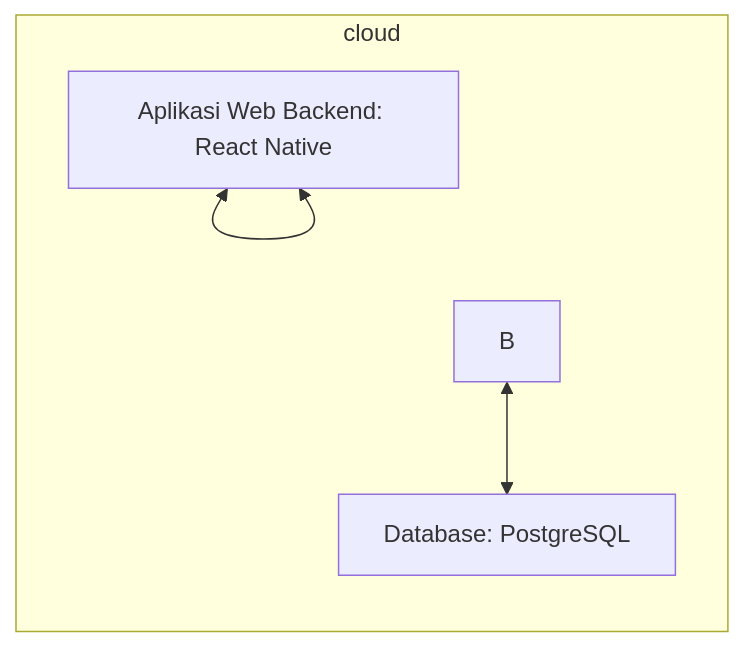
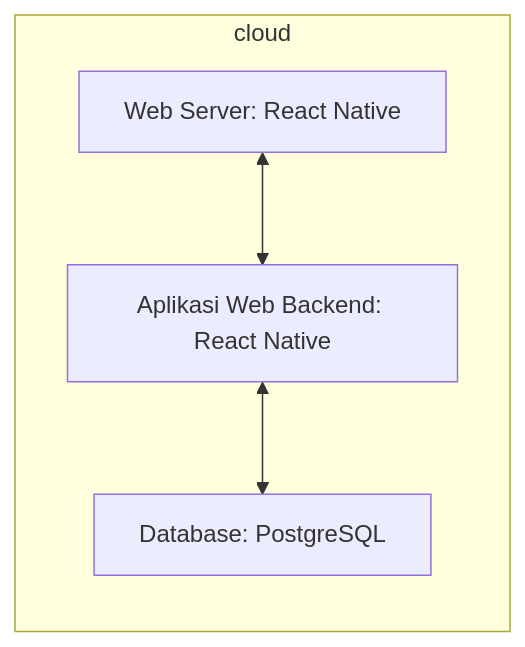
Before and after one commit to Nightroom/Memoryasmaulhusna.github.io: the second of 2 diagrams in review.md, drawn with Mermaid.

````diff
--- a/review.md
+++ b/review.md
@@ -62,7 +62,7 @@
 ```mermaid
 flowchart BT 
   subgraph cloud
-    C[Web Server: React Native ] <--> C[Aplikasi Web Backend: React Native] 
-    B <--> D[Database: PostgreSQL] 
+    B[Web Server: React Native ] <--> C[Aplikasi Web Backend: React Native] <--> A[Database: PostgreSQL] 
+
   end
 ```
````
